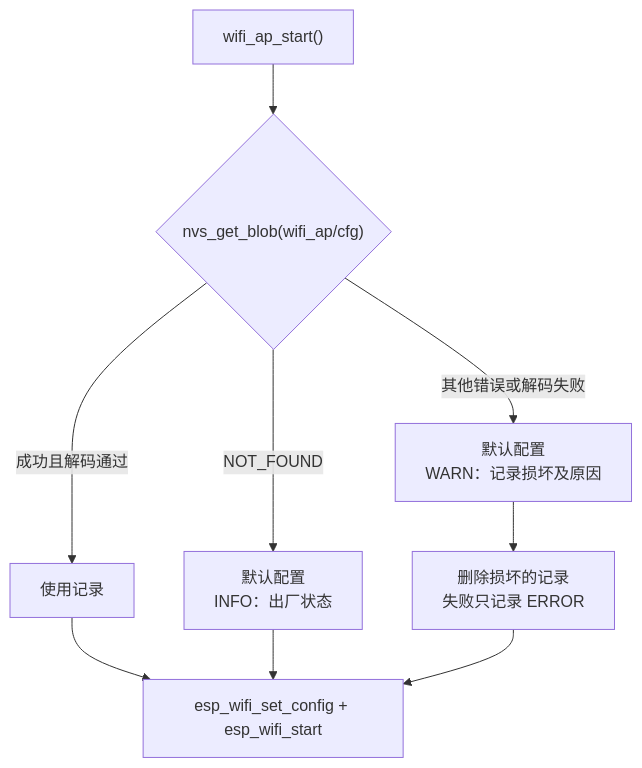
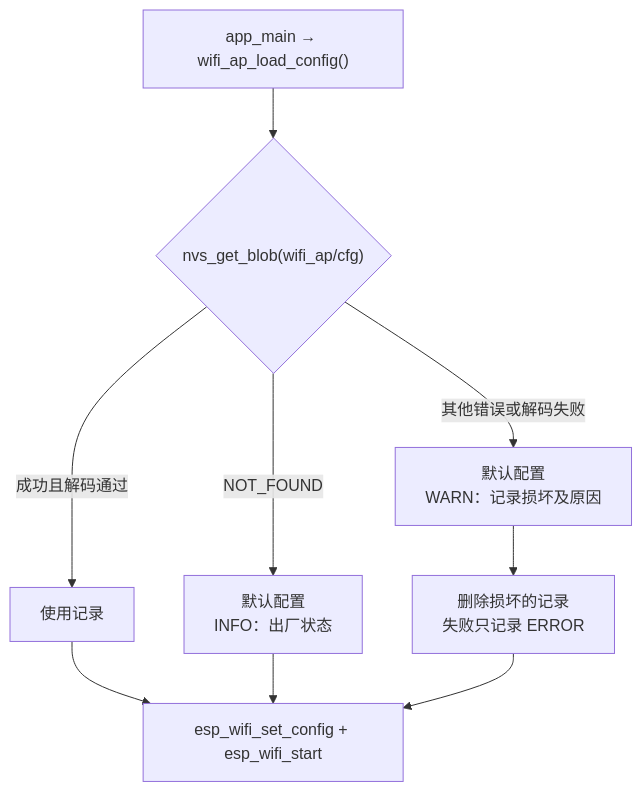
Before and after one commit to easymcucourse/esp32_camera_remote: the second of 2 diagrams in docs/design/wifi-ap-design.md, drawn with Mermaid. The commit also changed other lines of this file and 36 other files, not shown here.

````diff
--- a/docs/design/wifi-ap-design.md
+++ b/docs/design/wifi-ap-design.md
@@ -143,9 +143,9 @@
 ```mermaid
 flowchart TB
-    start["wifi_ap_start()"] --> load{"nvs_get_blob(wifi_ap/cfg)"}
+    start["app_main → wifi_ap_load_config()"] --> load{"nvs_get_blob(wifi_ap/cfg)"}
     load -->|"成功且解码通过"| use["使用记录"]
     load -->|"NOT_FOUND"| def1["默认配置<br/>INFO：出厂状态"]
     load -->|"其他错误或解码失败"| def2["默认配置<br/>WARN：记录损坏及原因"]
     def2 --> erase["删除损坏的记录<br/>失败只记录 ERROR"]
     use & def1 & erase --> drv["esp_wifi_set_config + esp_wifi_start"]
 ```
````
